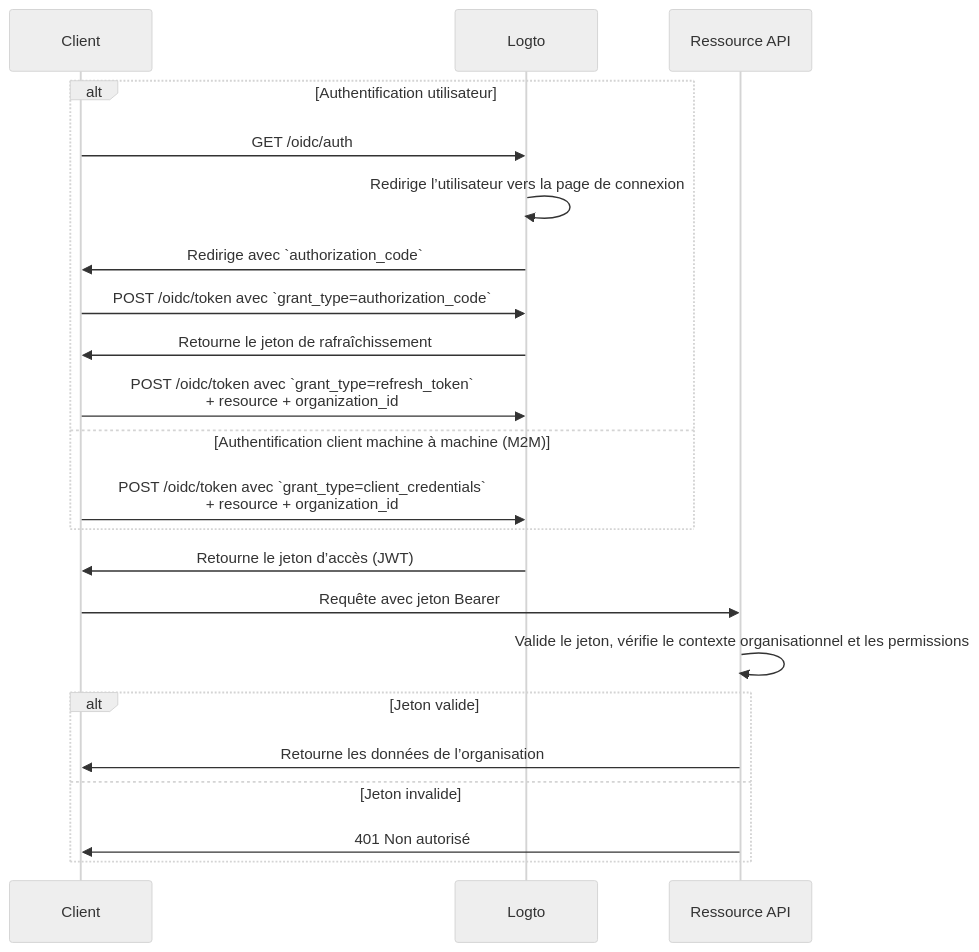
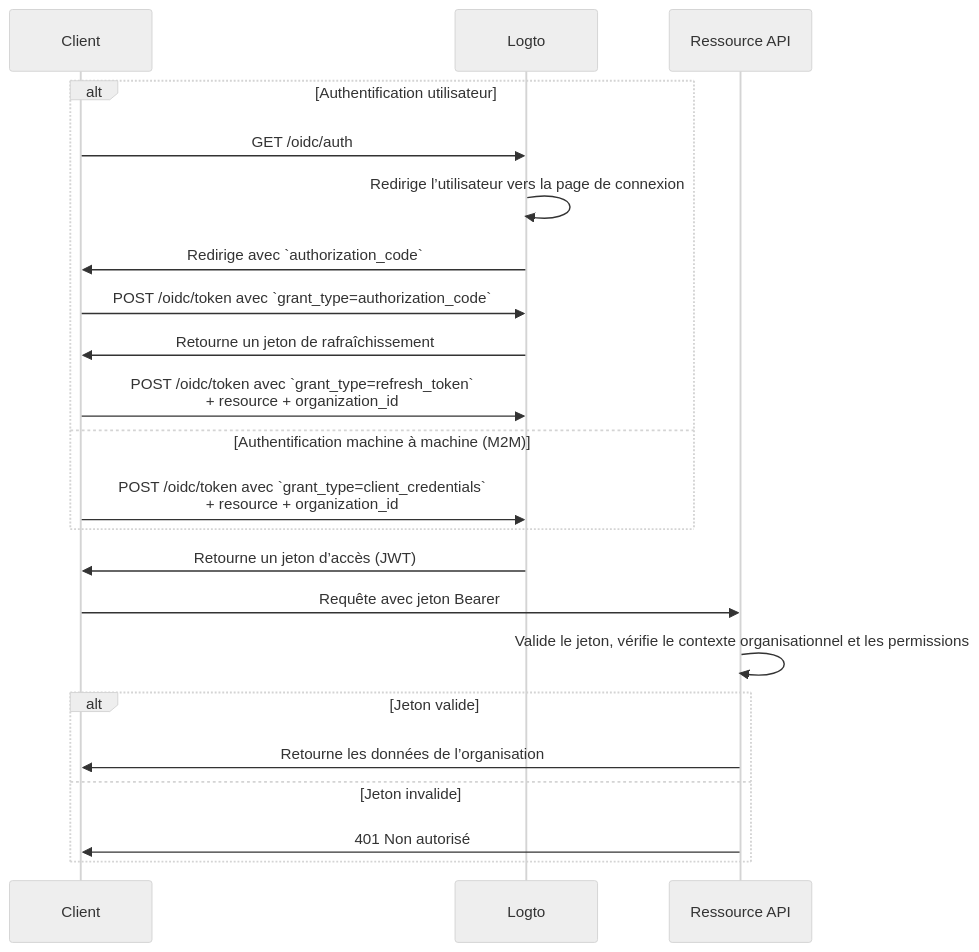
One commit to logto-io/docs changed the diagram in i18n/fr/docusaurus-plugin-content-docs/current/authorization/organization-level-api-resources.mdx. Above: the diagram before and after it, drawn with Mermaid (neutral theme). The commit also changed other lines of this file and 36 other files, not shown here.

````diff
--- a/i18n/fr/docusaurus-plugin-content-docs/current/authorization/organization-level-api-resources.mdx
+++ b/i18n/fr/docusaurus-plugin-content-docs/current/authorization/organization-level-api-resources.mdx
@@ -69,27 +70,27 @@
 ```mermaid
 sequenceDiagram
     participant Client
     participant Logto
     participant API as Ressource API
 
     alt Authentification utilisateur
         Client->>Logto: GET /oidc/auth
         Logto->>Logto: Redirige l’utilisateur vers la page de connexion
         Logto->>Client: Redirige avec `authorization_code`
         Client->>Logto: POST /oidc/token avec `grant_type=authorization_code`
-        Logto->>Client: Retourne le jeton de rafraîchissement
+        Logto->>Client: Retourne un jeton de rafraîchissement
         Client->>Logto: POST /oidc/token avec `grant_type=refresh_token`<br/>+ resource + organization_id
-    else Authentification client machine à machine (M2M)
+    else Authentification machine à machine (M2M)
         Client->>Logto: POST /oidc/token avec `grant_type=client_credentials`<br/>+ resource + organization_id
     end
 
-    Logto->>Client: Retourne le jeton d’accès (JWT)
+    Logto->>Client: Retourne un jeton d’accès (JWT)
     Client->>API: Requête avec jeton Bearer
     API->>API: Valide le jeton, vérifie le contexte organisationnel et les permissions
 
     alt Jeton valide
       API->>Client: Retourne les données de l’organisation
     else Jeton invalide
       API->>Client: 401 Non autorisé
     end
 ```
````
